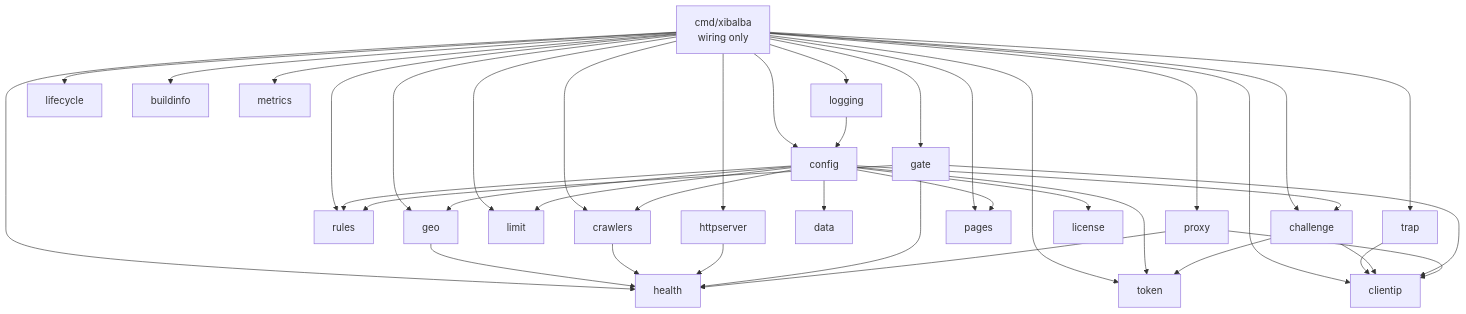
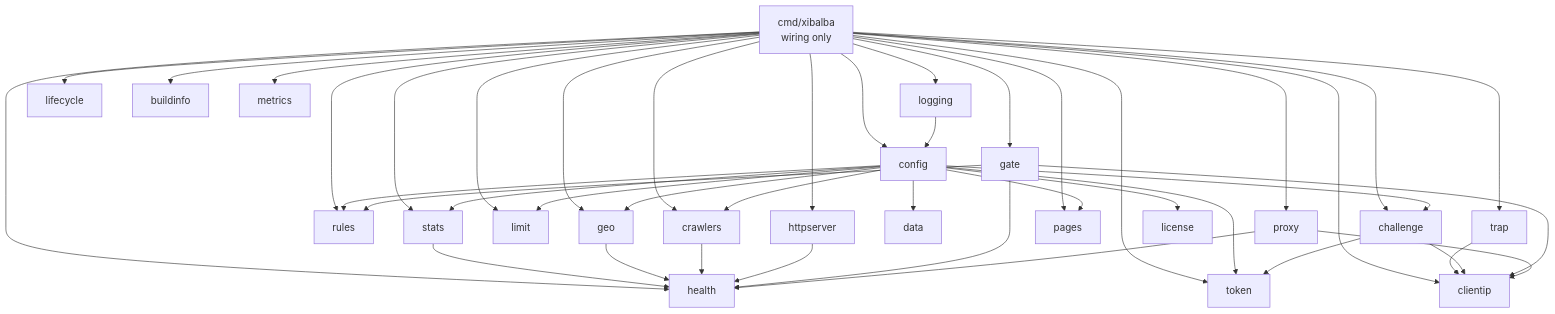
One commit to MaMoja/xibalba changed the first of 2 diagrams in docs/ARCHITECTURE.md. Above: the diagram before and after it, drawn with Mermaid. The commit also changed other lines of this file and 21 other files, not shown here.

````diff
--- a/docs/ARCHITECTURE.md
+++ b/docs/ARCHITECTURE.md
@@ -26,42 +26,45 @@
 ```mermaid
 flowchart TD
     main[cmd/xibalba<br>wiring only] --> config
     main --> logging
     main --> lifecycle
     main --> health
     main --> httpserver
     main --> buildinfo
     main --> clientip
     main --> rules
     main --> crawlers
     main --> limit
     main --> trap
     main --> metrics
+    main --> stats
+    config --> stats
+    stats --> health
     main --> geo
     config --> geo
     geo --> health
     trap --> clientip
     config --> limit
     config --> crawlers
     config --> data
     crawlers --> health
     main --> token
     main --> challenge
     main --> gate
     main --> pages
     main --> proxy
     logging --> config
     config --> rules
     httpserver --> health
     config --> license
     config --> pages
     config --> challenge
     config --> token
     challenge --> token
     challenge --> clientip
     gate --> rules
     gate --> clientip
     gate --> health
     proxy --> health
     proxy --> clientip
 ```
````
